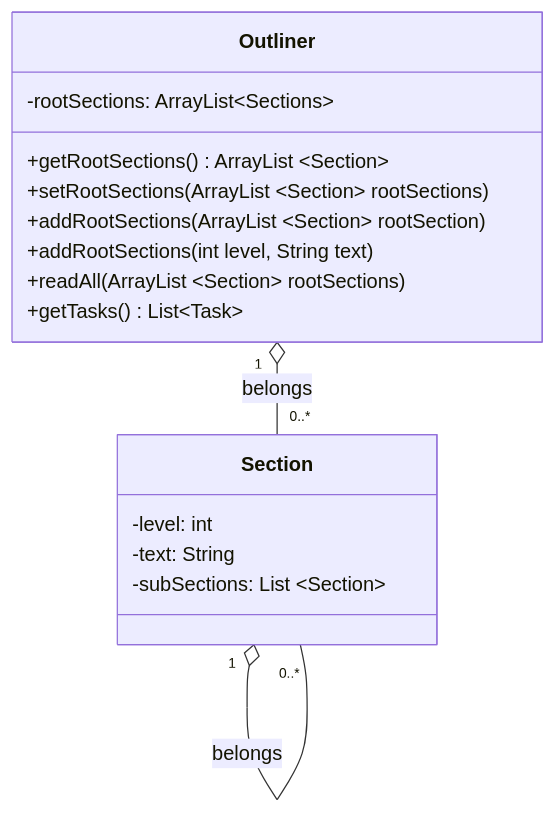
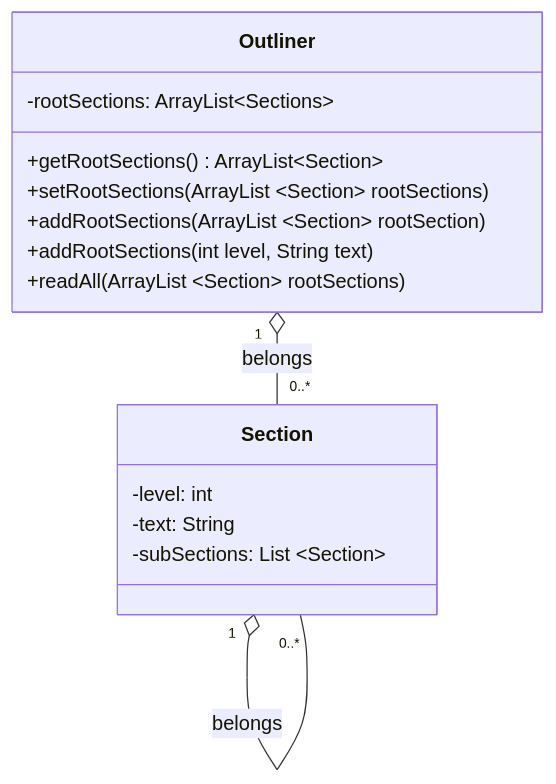
Before and after one commit to itsjihunpark/Microsoft-Word-Outliner-Clone: the diagram in docs/UMLTemplate.md, drawn with Mermaid.

````diff
--- a/docs/UMLTemplate.md
+++ b/docs/UMLTemplate.md
@@ -24,20 +24,20 @@
 ```mermaid
 classDiagram
     Outliner "1" o-- "0..*" Section : belongs
     Section "1" o-- "0..*" Section : belongs 
     class Outliner{
       -rootSections: ArrayList~Sections~
-      +getRootSections() ArrayList ~Section~
+      +getRootSections() ArrayList~Section~
       +setRootSections(ArrayList ~Section~ rootSections) 
       +addRootSections(ArrayList ~Section~ rootSection)
       +addRootSections(int level, String text)
       +readAll(ArrayList ~Section~ rootSections)
-      +getTasks() List~Task~
+      
     }
     class Section{
       -level: int
       -text: String
       -subSections: List ~Section~
     }
 
 ```
````
